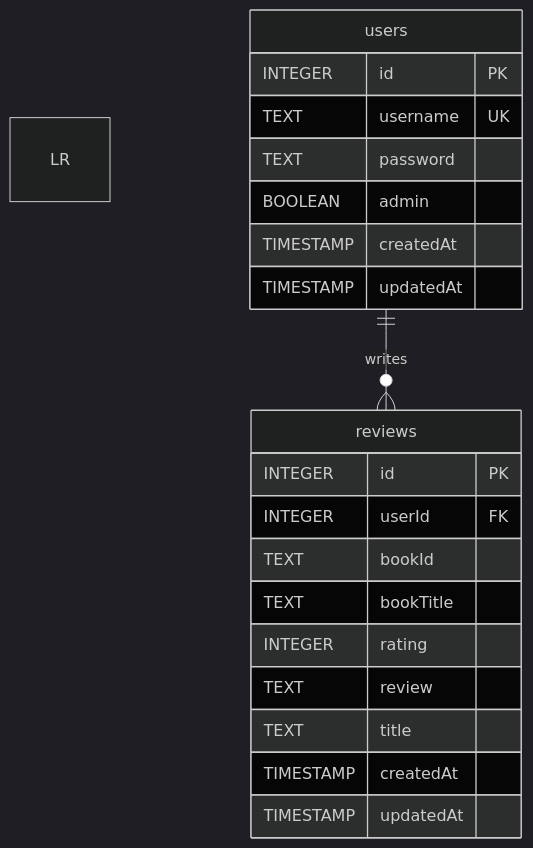
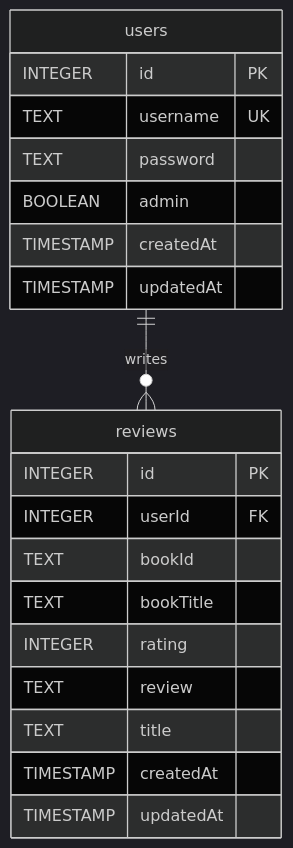
One commit to Git-Bread/bookreviewsite-project changed the diagram in README.md. Above: the diagram before and after it, drawn with Mermaid (dark theme).

````diff
--- a/README.md
+++ b/README.md
@@ -360,23 +360,23 @@
 ```mermaid
-erDiagram LR
+erDiagram
     users {
         INTEGER id PK
         TEXT username UK
         TEXT password
         BOOLEAN admin
         TIMESTAMP createdAt
         TIMESTAMP updatedAt
     }
     reviews {
         INTEGER id PK
         INTEGER userId FK
         TEXT bookId
         TEXT bookTitle
         INTEGER rating
         TEXT review
         TEXT title
         TIMESTAMP createdAt
         TIMESTAMP updatedAt
     }
     users ||--o{ reviews : "writes"
 ```
````
